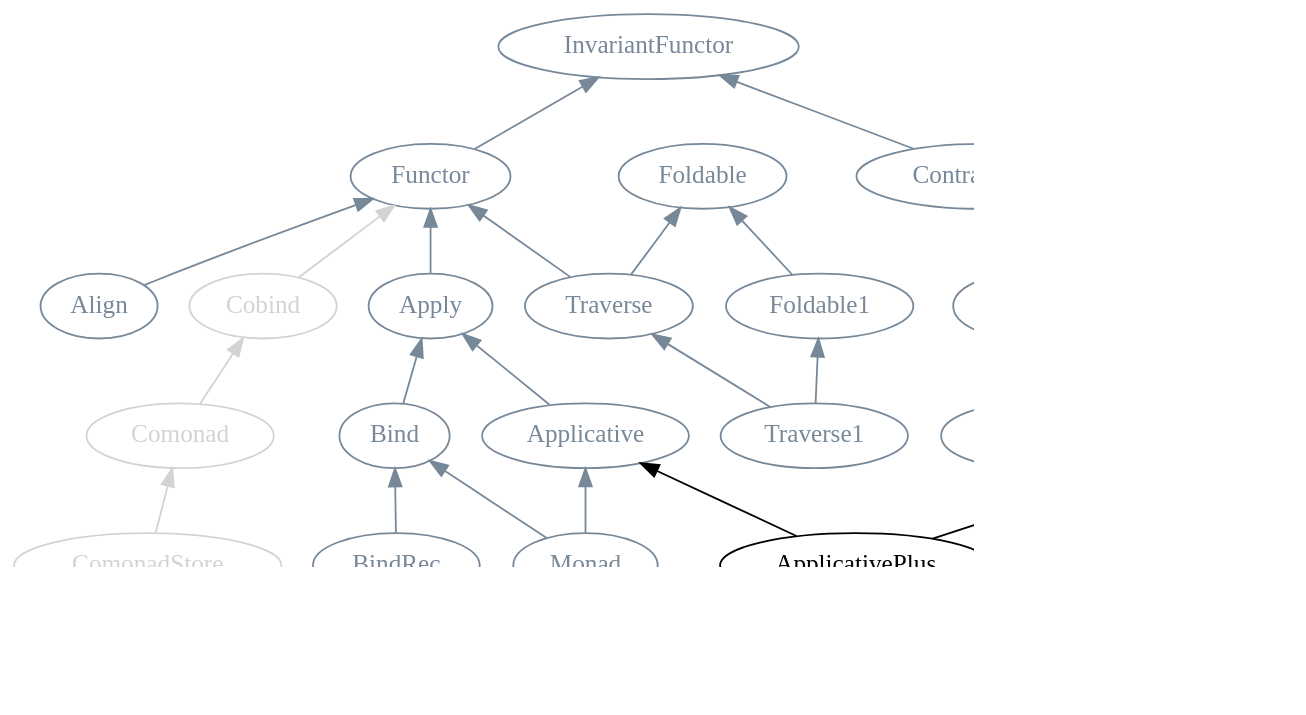
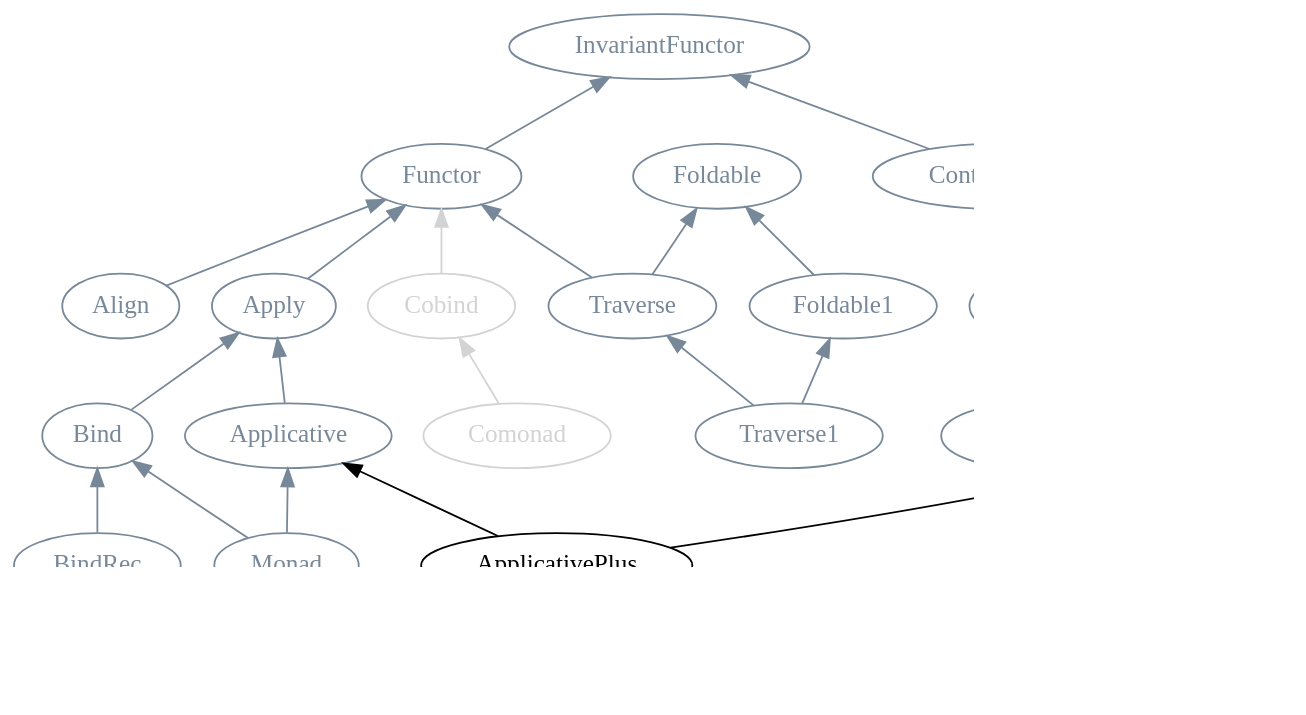
Diagram 12 of 17 in manuscript/book.org (fommil/fpmortals), drawn with Graphviz before and after one commit. The commit also changed other lines of this file and 1 other file, not shown here.

Commit message:
remove ComonadStore

```diff
--- a/manuscript/book.org
+++ b/manuscript/book.org
@@ -5136,71 +5119,68 @@
 #+BEGIN_SRC dot :file images/scalaz-plus.png :exports results
 digraph G {
     graph [dpi=100, rankdir=BT];
     node [fontname=Hack];
     node [fontcolor=lightgray,color=lightgray];
     edge [color=lightgray]
 
     Bind [fontcolor=lightslategray,color=lightslategray];
     Apply [fontcolor=lightslategray,color=lightslategray];
     BindRec [fontcolor=lightslategray,color=lightslategray];
     Contravariant [fontcolor=lightslategray,color=lightslategray];
     Functor [fontcolor=lightslategray,color=lightslategray];
     InvariantFunctor [fontcolor=lightslategray,color=lightslategray];
     Functor;
     Divide [fontcolor=lightslategray,color=lightslategray];
     Divisible [fontcolor=lightslategray,color=lightslategray];
     Apply;
     Applicative [fontcolor=lightslategray,color=lightslategray];
     Foldable1 [fontcolor=lightslategray,color=lightslategray];
     Foldable [fontcolor=lightslategray,color=lightslategray];
     Traverse [fontcolor=lightslategray,color=lightslategray];
     Traverse1 [fontcolor=lightslategray,color=lightslategray];
     Monad [fontcolor=lightslategray,color=lightslategray];
     "Advanced Monads" [style=dashed];
     Cobind;
     Comonad;
     Plus [fontcolor=black,color=black];
     PlusEmpty [fontcolor=black,color=black];
     IsEmpty [fontcolor=black,color=black];
     ApplicativePlus [fontcolor=black,color=black];
     MonadPlus [fontcolor=black,color=black];
-    ComonadStore;
     Align [fontcolor=lightslategray,color=lightslategray];
 
     Bind -> Apply [color=lightslategray];
     BindRec -> Bind [color=lightslategray];
 
     Contravariant -> InvariantFunctor [color=lightslategray];
     Functor -> InvariantFunctor [color=lightslategray];
 
     Divide -> Contravariant [color=lightslategray];
     Divisible -> Divide [color=lightslategray];
     Apply -> Functor [color=lightslategray];
     Applicative -> Apply [color=lightslategray];
 
     Foldable1 -> Foldable [color=lightslategray];
     Traverse -> Functor [color=lightslategray];
     Traverse -> Foldable [color=lightslategray];
     Traverse1 -> Traverse [color=lightslategray];
     Traverse1 -> Foldable1 [color=lightslategray];
 
     Monad -> Applicative [color=lightslategray];
     "Advanced Monads" -> Monad;
     Monad -> Bind [color=lightslategray];
  
     Cobind -> Functor;
     Comonad -> Cobind;
 
     PlusEmpty -> Plus [color=black];
     IsEmpty -> PlusEmpty [color=black];
 
     ApplicativePlus -> Applicative [color=black];
     ApplicativePlus -> PlusEmpty [color=black];
     MonadPlus -> ApplicativePlus [color=black];
     MonadPlus -> Monad [color=black];
 
-    ComonadStore -> Comonad;
-
     Align -> Functor [color=lightslategray];
 }
 #+END_SRC
```
